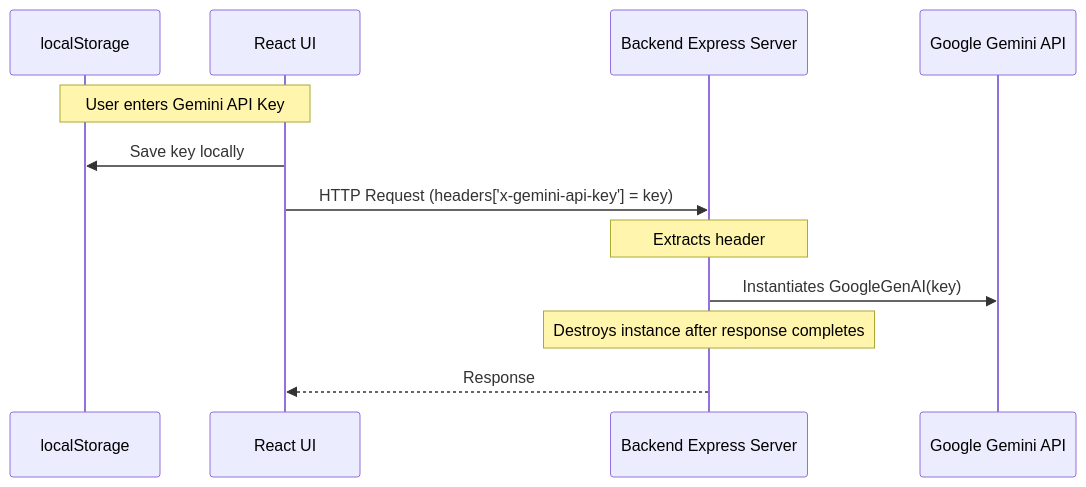
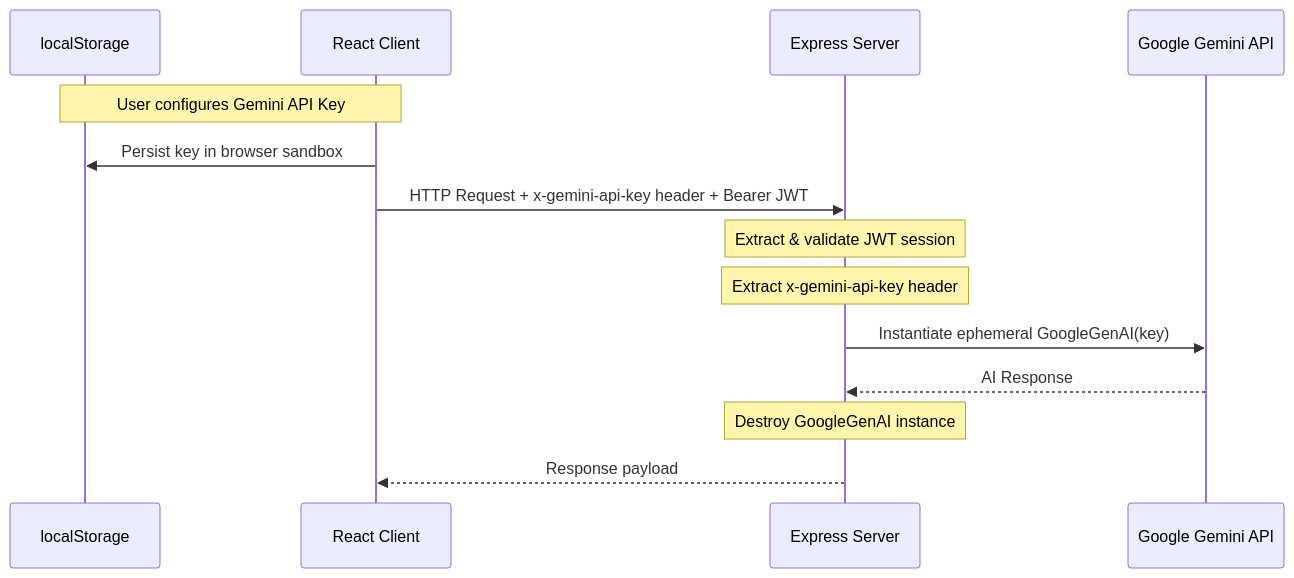
One commit to NINJA981/Solace-Diaries changed the eighth of 8 diagrams in README.md. Above: the diagram before and after it, drawn with Mermaid. The commit also changed other lines of this file, not shown here.

````diff
--- a/README.md
+++ b/README.md
@@ -251,15 +455,17 @@
 ```mermaid
 sequenceDiagram
     participant LS as localStorage
-    participant UI as React UI
-    participant API as Backend Express Server
+    participant UI as React Client
+    participant API as Express Server
     participant Gemini as Google Gemini API
 
-    Note over UI, LS: User enters Gemini API Key
-    UI->>LS: Save key locally
-    UI->>API: HTTP Request (headers['x-gemini-api-key'] = key)
-    Note over API: Extracts header
-    API->>Gemini: Instantiates GoogleGenAI(key)
-    Note over API: Destroys instance after response completes
-    API-->>UI: Response
+    Note over UI, LS: User configures Gemini API Key
+    UI->>LS: Persist key in browser sandbox
+    UI->>API: HTTP Request + x-gemini-api-key header + Bearer JWT
+    Note over API: Extract & validate JWT session
+    Note over API: Extract x-gemini-api-key header
+    API->>Gemini: Instantiate ephemeral GoogleGenAI(key)
+    Gemini-->>API: AI Response
+    Note over API: Destroy GoogleGenAI instance
+    API-->>UI: Response payload
 ```
````
